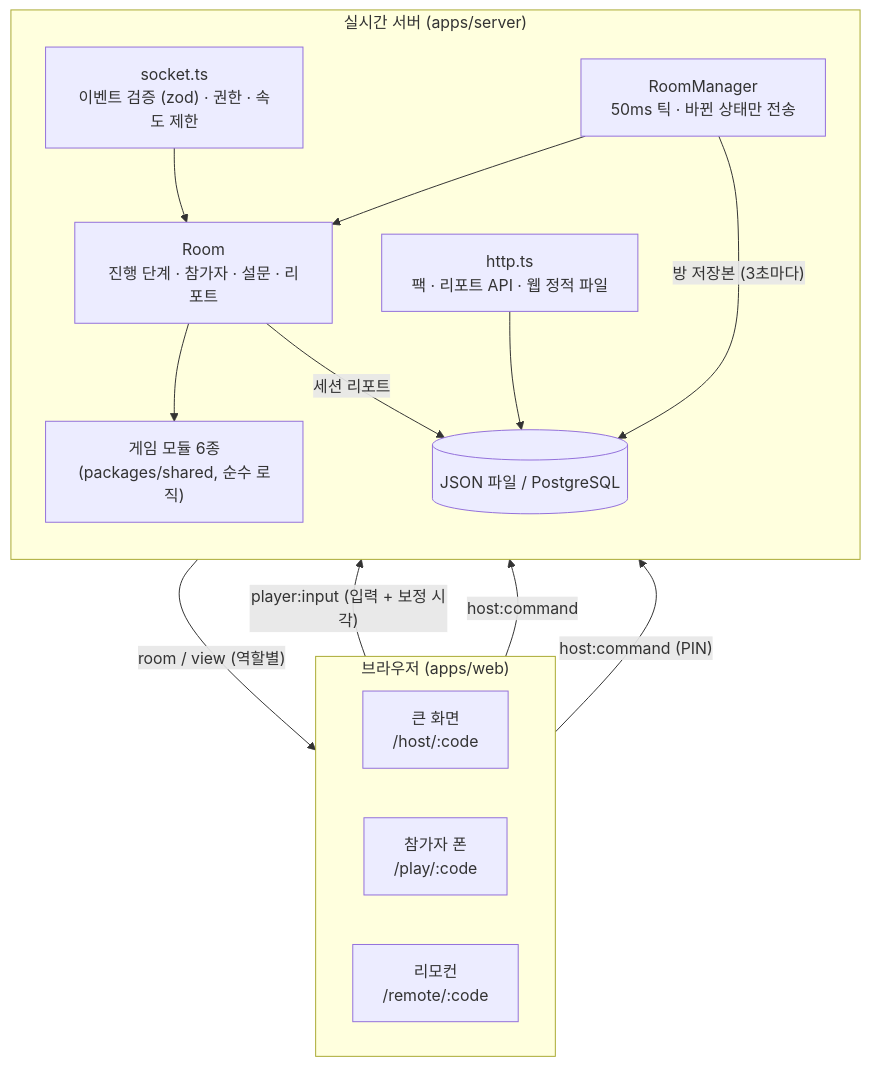
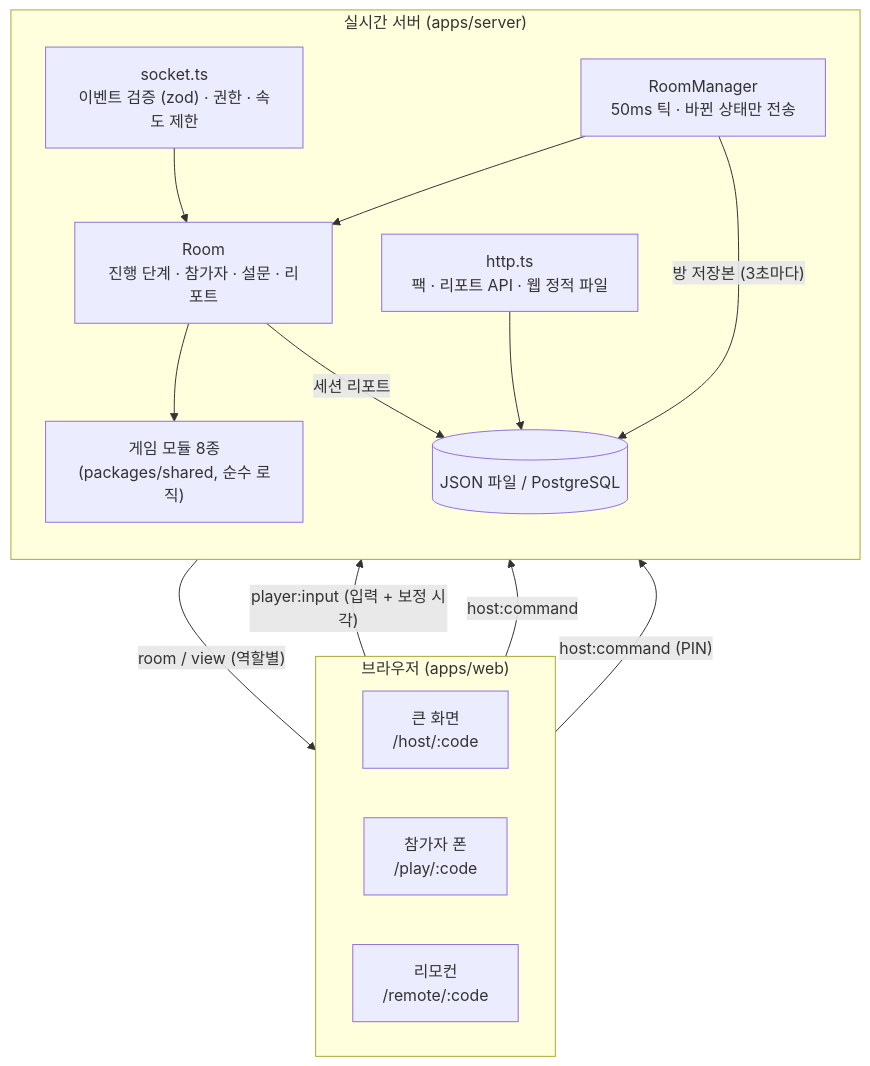
One commit to ddeeqq/caps changed the first of 2 diagrams in docs/architecture.md. Above: the diagram before and after it, drawn with Mermaid. The commit also changed other lines of this file and 39 other files, not shown here.

````diff
--- a/docs/architecture.md
+++ b/docs/architecture.md
@@ -7,27 +7,27 @@
 ```mermaid
 flowchart TB
   subgraph Client["브라우저 (apps/web)"]
     direction LR
     Screen["큰 화면<br/>/host/:code"]
     Phone["참가자 폰<br/>/play/:code"]
     Remote["리모컨<br/>/remote/:code"]
   end
   subgraph Server["실시간 서버 (apps/server)"]
     direction TB
     Socket["socket.ts<br/>이벤트 검증 (zod) · 권한 · 속도 제한"]
     Manager["RoomManager<br/>50ms 틱 · 바뀐 상태만 전송"]
     Room["Room<br/>진행 단계 · 참가자 · 설문 · 리포트"]
-    Games["게임 모듈 6종<br/>(packages/shared, 순수 로직)"]
+    Games["게임 모듈 8종<br/>(packages/shared, 순수 로직)"]
     HTTP["http.ts<br/>팩 · 리포트 API · 웹 정적 파일"]
     Store[("JSON 파일 / PostgreSQL")]
   end
   Phone -- "player:input (입력 + 보정 시각)" --> Socket
   Screen -- "host:command" --> Socket
   Remote -- "host:command (PIN)" --> Socket
   Socket --> Room
   Manager --> Room --> Games
   Manager -- "room / view (역할별)" --> Client
   HTTP --> Store
   Room -- "세션 리포트" --> Store
   Manager -- "방 저장본 (3초마다)" --> Store
 ```
````
